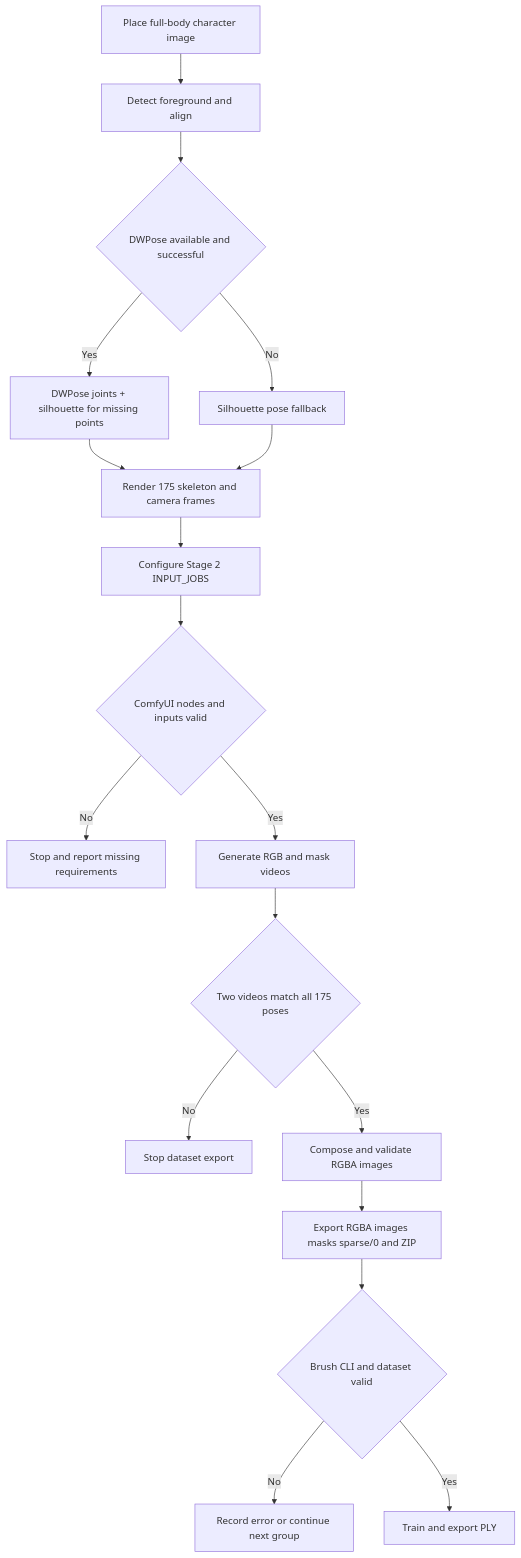
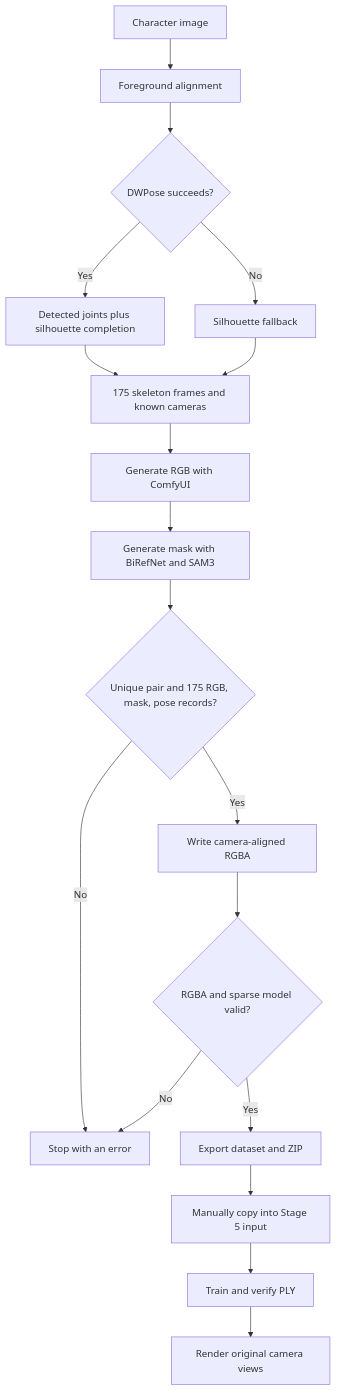
Before and after one commit to gkwang4912/VideoSplat: the second of 3 diagrams in README_EN.md, drawn with Mermaid. The commit also changed other lines of this file and 23 other files, not shown here.

Commit message:
V2 update: split 'generate video' and'remove_background' to two diffreant workflow fix the error when brush doing 3DGS, it can now generate the right .ply file now

````diff
--- a/README_EN.md
+++ b/README_EN.md
@@ -83,20 +79,20 @@
 ```mermaid
 flowchart TD
-    A[Place full-body character image] --> B[Detect foreground and align]
-    B --> C{DWPose available and successful}
-    C -- Yes --> D[DWPose joints + silhouette for missing points]
-    C -- No --> E[Silhouette pose fallback]
-    D --> F[Render 175 skeleton and camera frames]
+    A["Character image"] --> B["Foreground alignment"]
+    B --> C{"DWPose succeeds?"}
+    C -->|"Yes"| D["Detected joints plus silhouette completion"]
+    C -->|"No"| E["Silhouette fallback"]
+    D --> F["175 skeleton frames and known cameras"]
     E --> F
-    F --> G[Configure Stage 2 INPUT_JOBS]
-    G --> H{ComfyUI nodes and inputs valid}
-    H -- No --> X[Stop and report missing requirements]
-    H -- Yes --> I[Generate RGB and mask videos]
-    I --> J{Two videos match all 175 poses}
-    J -- No --> Y[Stop dataset export]
-    J -- Yes --> K[Compose and validate RGBA images]
-    K --> N[Export RGBA images masks sparse/0 and ZIP]
-    N --> L{Brush CLI and dataset valid}
-    L -- No --> Z[Record error or continue next group]
-    L -- Yes --> M[Train and export PLY]
+    F --> G["Generate RGB with ComfyUI"]
+    G --> H["Generate mask with BiRefNet and SAM3"]
+    H --> J{"Unique pair and 175 RGB, mask, pose records?"}
+    J -->|"No"| X["Stop with an error"]
+    J -->|"Yes"| K["Write camera-aligned RGBA"]
+    K --> L{"RGBA and sparse model valid?"}
+    L -->|"No"| X
+    L -->|"Yes"| M["Export dataset and ZIP"]
+    M --> N["Manually copy into Stage 5 input"]
+    N --> O["Train and verify PLY"]
+    O --> P["Render original camera views"]
 ```
````
